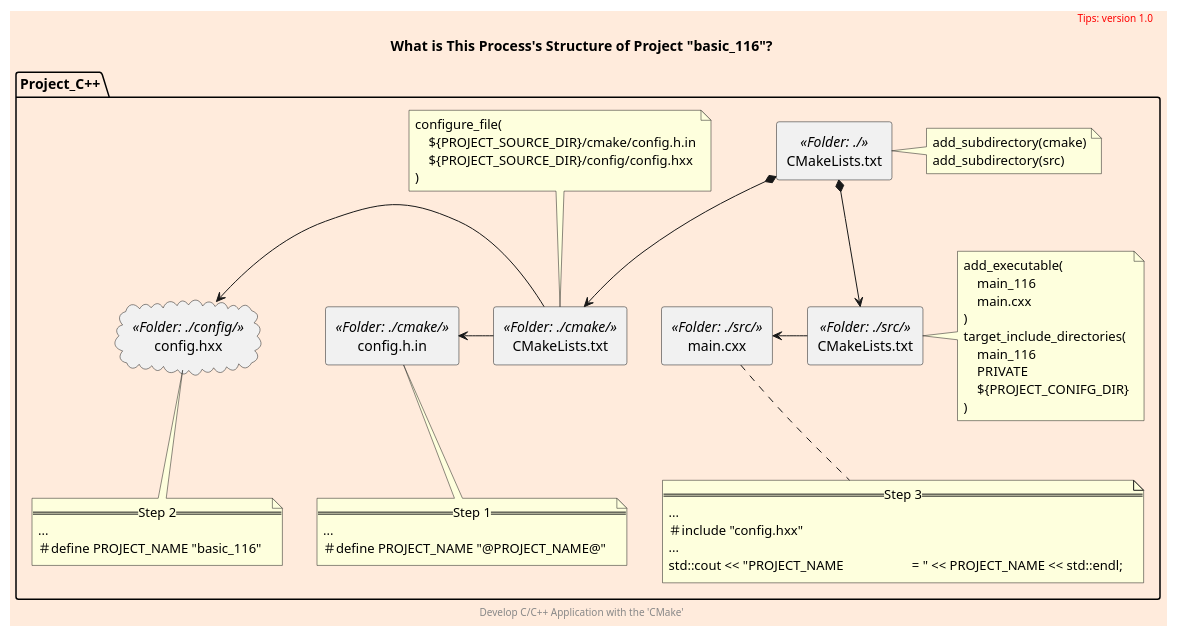
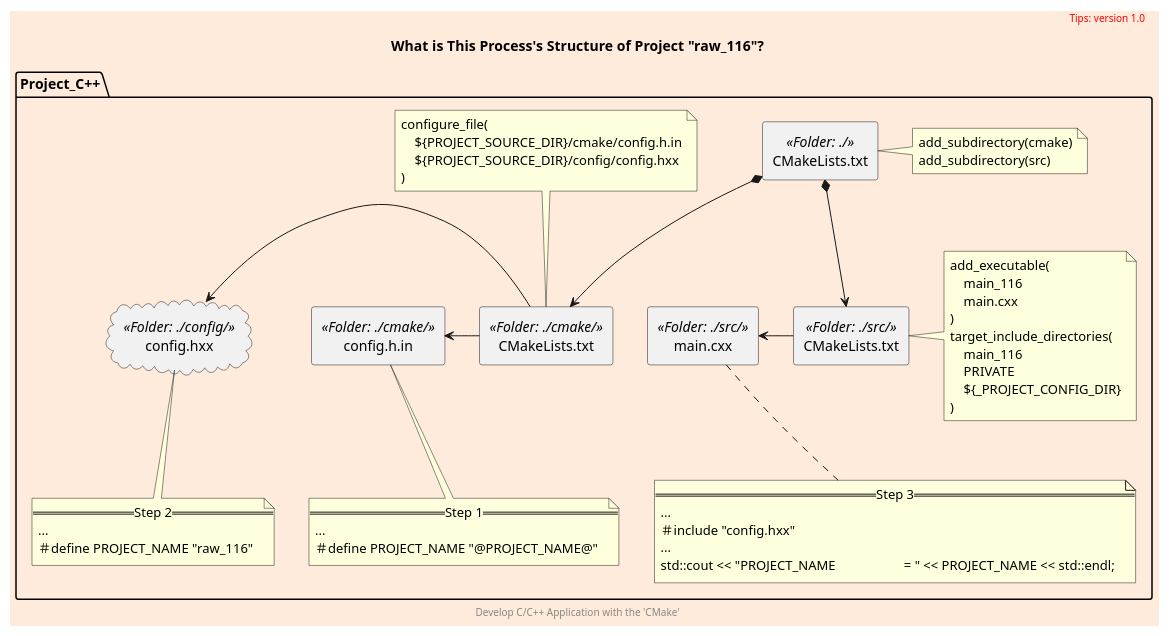
Before and after one commit to cnruby/w3h1_cmake: the diagram in docs/what-process.puml, drawn with PlantUML. The commit also changed 12 other files, not shown here.

```diff
--- a/docs/what-process.puml
+++ b/docs/what-process.puml
@@ -1,73 +1,73 @@
 @startuml
 scale 700 width
 skinparam backgroundColor #FFEBDC
 scale 1
 
 package Project_C++ as project {
     rectangle main.cxx <<Folder: ./src/>> as main
     rectangle CMakeLists.txt <<Folder: ./>> as begin
     rectangle CMakeLists.txt <<Folder: ./src/>> as src_list
     rectangle config.h.in <<Folder: ./cmake/>> as config_h_in
     rectangle CMakeLists.txt <<Folder: ./cmake/>> as cmake_list
     cloud config.hxx <<Folder: ./config/>> as config_hxx
 
 
     note bottom of config_h_in
         == Step 1 ==
         ...
         ＃define PROJECT_NAME "@PROJECT_NAME@"
     endnote
     note bottom of config_hxx
         == Step 2 ==
         ...
-        ＃define PROJECT_NAME "basic_116"
+        ＃define PROJECT_NAME "raw_116"
     endnote
     note bottom of main
         == Step 3 ==
         ...
         ＃include "config.hxx"
         ...
         std::cout << "PROJECT_NAME \t\t\t= " << PROJECT_NAME << std::endl;
     endnote
 
 
     note right of begin
         add_subdirectory(cmake)
         add_subdirectory(src)
     endnote
     note top of cmake_list
         configure_file(
             ${PROJECT_SOURCE_DIR}/cmake/config.h.in
             ${PROJECT_SOURCE_DIR}/config/config.hxx
         )
     endnote
     note right of src_list
         add_executable(
             main_116
             main.cxx
         )
         target_include_directories(
             main_116
             PRIVATE
-            ${PROJECT_CONIFG_DIR}
+            ${_PROJECT_CONFIG_DIR}
         )
     endnote
 }
 
 begin *--> src_list
 begin *--> cmake_list
 src_list -left-> main
 cmake_list -left-> config_h_in
 cmake_list -left-> config_hxx
 
 title
-    What is This Process's Structure of Project "basic_116"?
+    What is This Process's Structure of Project "raw_116"?
 end title
 
 header
 <font color=red>Tips: version 1.0</font>
 endheader
 
 center footer Develop C/C++ Application with the 'CMake'
 
 @enduml
```
